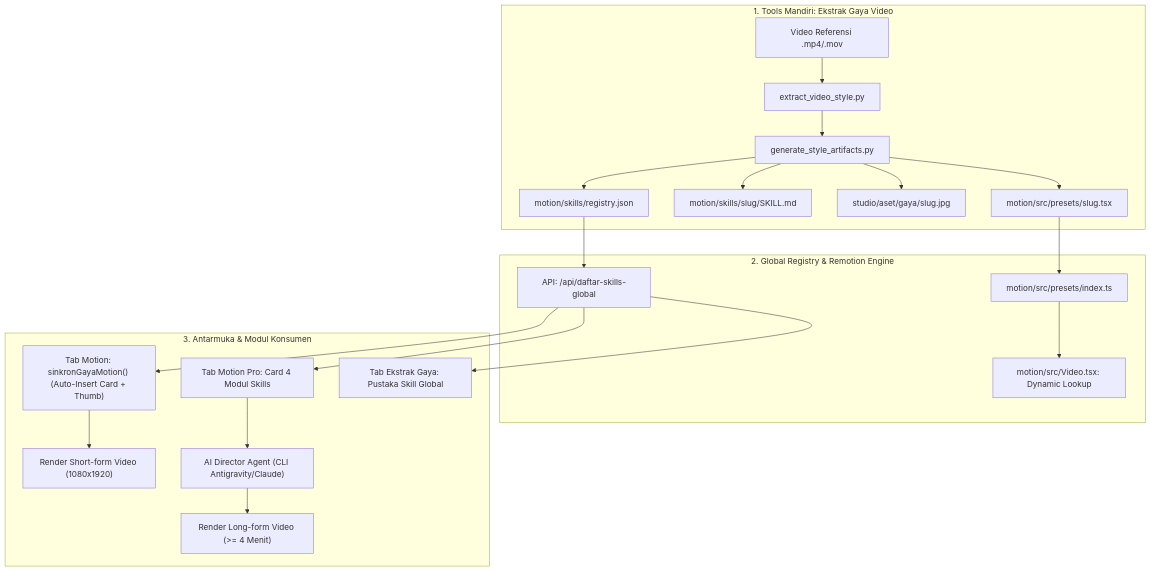
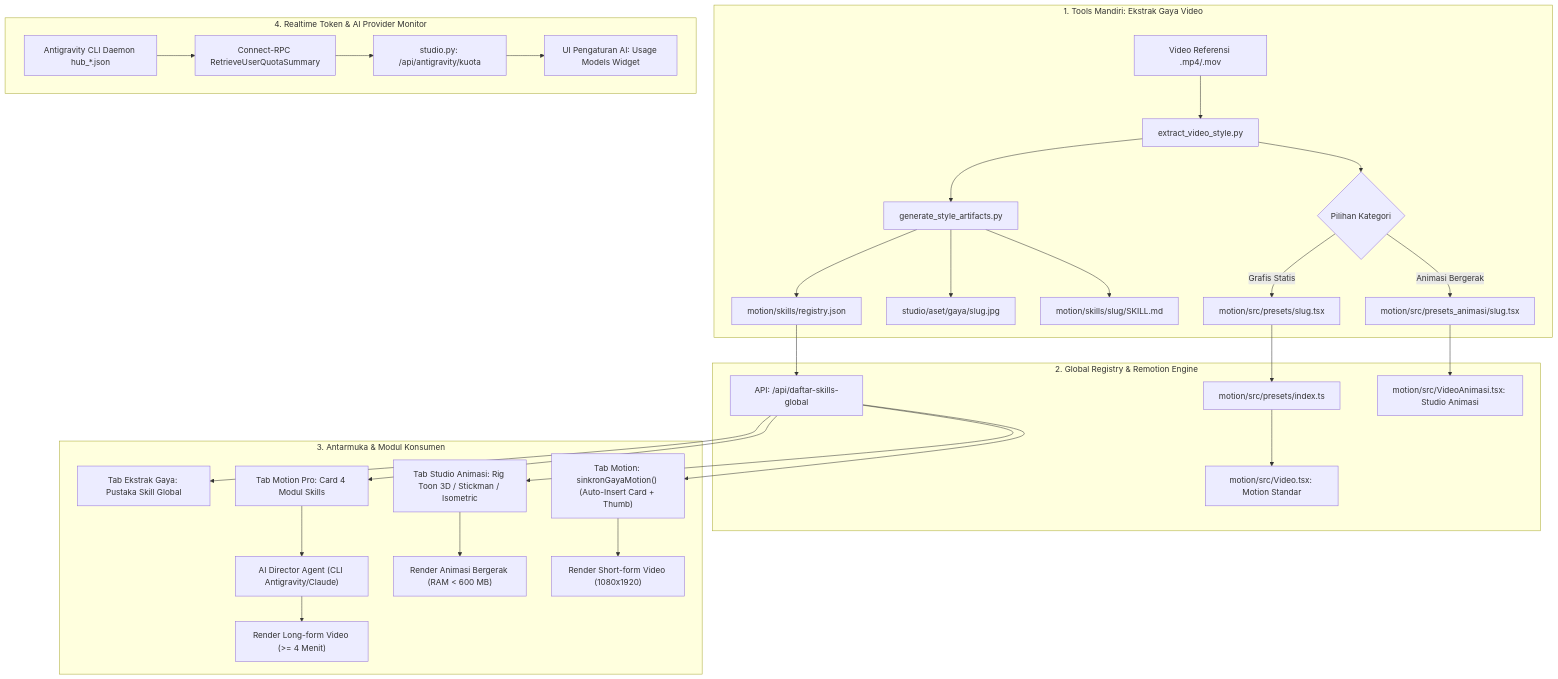
The first of 6 diagrams in docs/workflow.md (Bayunity-Brkhstd/motion), drawn with Mermaid before and after one commit. The commit also changed other lines of this file and 5 other files, not shown here.

Commit message:
docs: add comprehensive system documentation and local web studio server

````diff
--- a/docs/workflow.md
+++ b/docs/workflow.md
@@ -13,27 +13,38 @@
 ```mermaid
 graph TD
     subgraph TOOLS_GLOBAL["1. Tools Mandiri: Ekstrak Gaya Video"]
         V_IN[Video Referensi .mp4/.mov] --> V_EXTRACT[extract_video_style.py]
+        V_EXTRACT --> V_CAT{Pilihan Kategori}
+        V_CAT -- "Animasi Bergerak" --> ARTIFACT_PRESET_ANIM[motion/src/presets_animasi/slug.tsx]
+        V_CAT -- "Grafis Statis" --> ARTIFACT_PRESET_STAT[motion/src/presets/slug.tsx]
         V_EXTRACT --> V_GEN[generate_style_artifacts.py]
-        V_GEN --> ARTIFACT_PRESET[motion/src/presets/slug.tsx]
         V_GEN --> ARTIFACT_SKILL[motion/skills/slug/SKILL.md]
         V_GEN --> ARTIFACT_THUMB[studio/aset/gaya/slug.jpg]
         V_GEN --> ARTIFACT_REG[motion/skills/registry.json]
     end
 
     subgraph ENGINE_GLOBAL["2. Global Registry & Remotion Engine"]
-        ARTIFACT_PRESET --> PRESET_IDX[motion/src/presets/index.ts]
-        PRESET_IDX --> VIDEO_TSX[motion/src/Video.tsx: Dynamic Lookup]
+        ARTIFACT_PRESET_STAT --> PRESET_IDX[motion/src/presets/index.ts]
+        PRESET_IDX --> VIDEO_TSX[motion/src/Video.tsx: Motion Standar]
+        ARTIFACT_PRESET_ANIM --> VIDEO_ANIM_TSX[motion/src/VideoAnimasi.tsx: Studio Animasi]
         ARTIFACT_REG --> API_GLOBAL["API: /api/daftar-skills-global"]
     end
 
     subgraph CONSUMERS["3. Antarmuka & Modul Konsumen"]
         API_GLOBAL --> UI_MOTION["Tab Motion: sinkronGayaMotion() (Auto-Insert Card + Thumb)"]
+        API_GLOBAL --> UI_ANIM["Tab Studio Animasi: Rig Toon 3D / Stickman / Isometric"]
         API_GLOBAL --> UI_PRO["Tab Motion Pro: Card 4 Modul Skills"]
         API_GLOBAL --> UI_LIB["Tab Ekstrak Gaya: Pustaka Skill Global"]
         
         UI_MOTION --> RENDER_SHORT["Render Short-form Video (1080x1920)"]
+        UI_ANIM --> RENDER_ANIM["Render Animasi Bergerak (RAM < 600 MB)"]
         UI_PRO --> AGENT_PRO["AI Director Agent (CLI Antigravity/Claude)"]
         AGENT_PRO --> RENDER_LONG["Render Long-form Video (>= 4 Menit)"]
     end
+
+    subgraph QUOTA_MONITOR["4. Realtime Token & AI Provider Monitor"]
+        DAEMON[Antigravity CLI Daemon hub_*.json] --> RPC[Connect-RPC RetrieveUserQuotaSummary]
+        RPC --> PY_SERVER[studio.py: /api/antigravity/kuota]
+        PY_SERVER --> UI_QUOTA[UI Pengaturan AI: Usage Models Widget]
+    end
 ```
````
